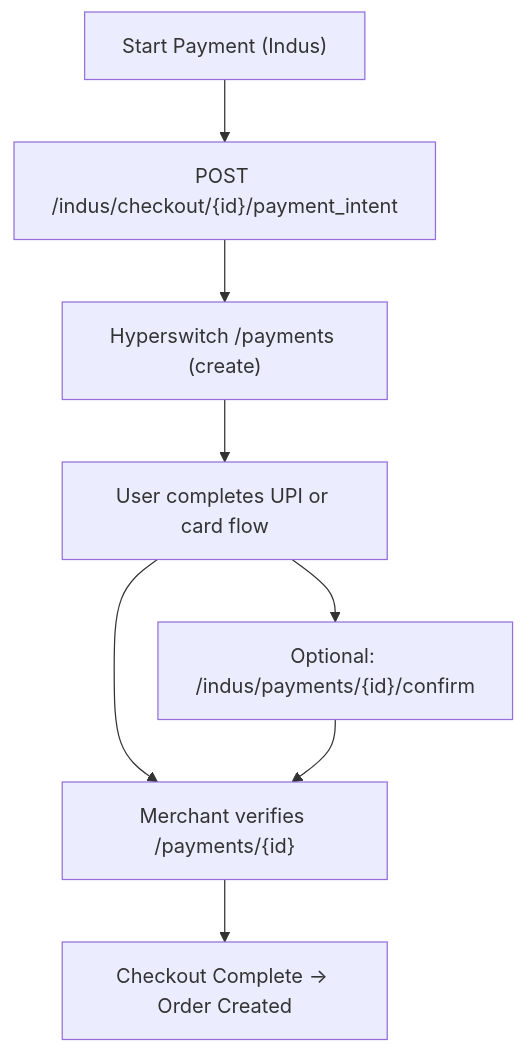
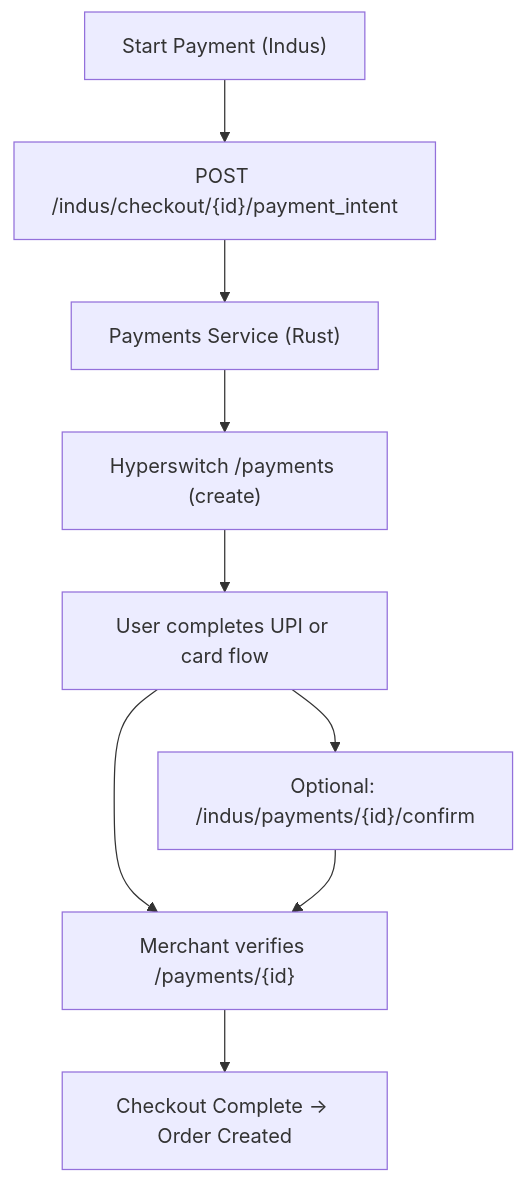
The third of 3 diagrams in README.md (mrunalpendem123/Setu), drawn with Mermaid before and after one commit. The commit also changed other lines of this file and 12 other files, not shown here.

Commit message:
Add Rust payments service and wire Indus/Merchant to it

````diff
--- a/README.md
+++ b/README.md
@@ -127,18 +134,20 @@
 ```mermaid
 flowchart TD
   Start["Start Payment (Indus)"]
   Create["POST /indus/checkout/{id}/payment_intent"]
+  Payments["Payments Service (Rust)"]
   HSCreate["Hyperswitch /payments (create)"]
   PayFlow["User completes UPI or card flow"]
   Confirm["Optional: /indus/payments/{id}/confirm"]
   Verify["Merchant verifies /payments/{id}"]
   Complete["Checkout Complete -> Order Created"]
 
   Start --> Create
-  Create --> HSCreate
+  Create --> Payments
+  Payments --> HSCreate
   HSCreate --> PayFlow
   PayFlow --> Confirm
   PayFlow --> Verify
   Confirm --> Verify
   Verify --> Complete
 ```
````
